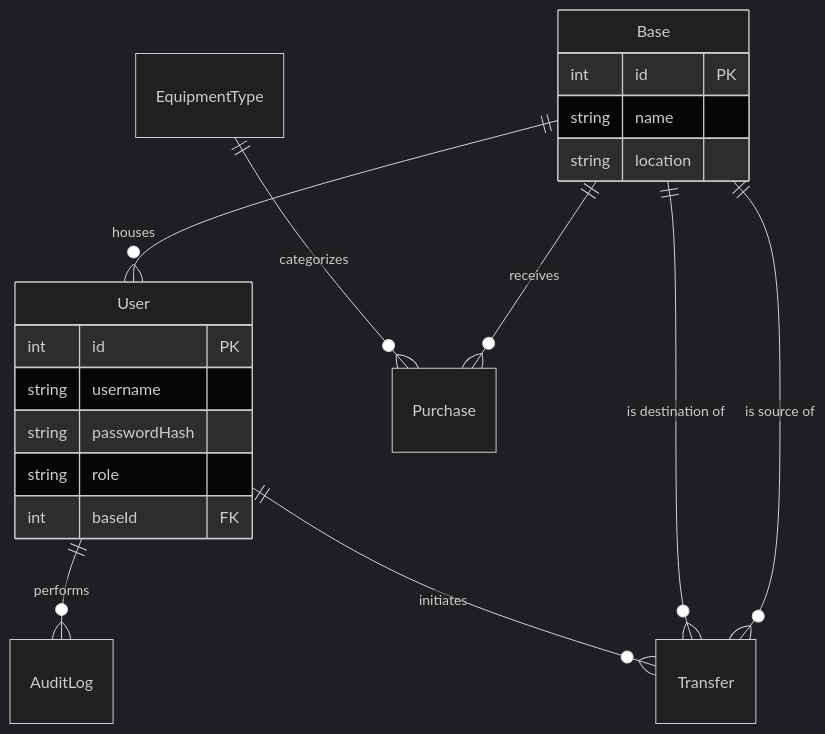
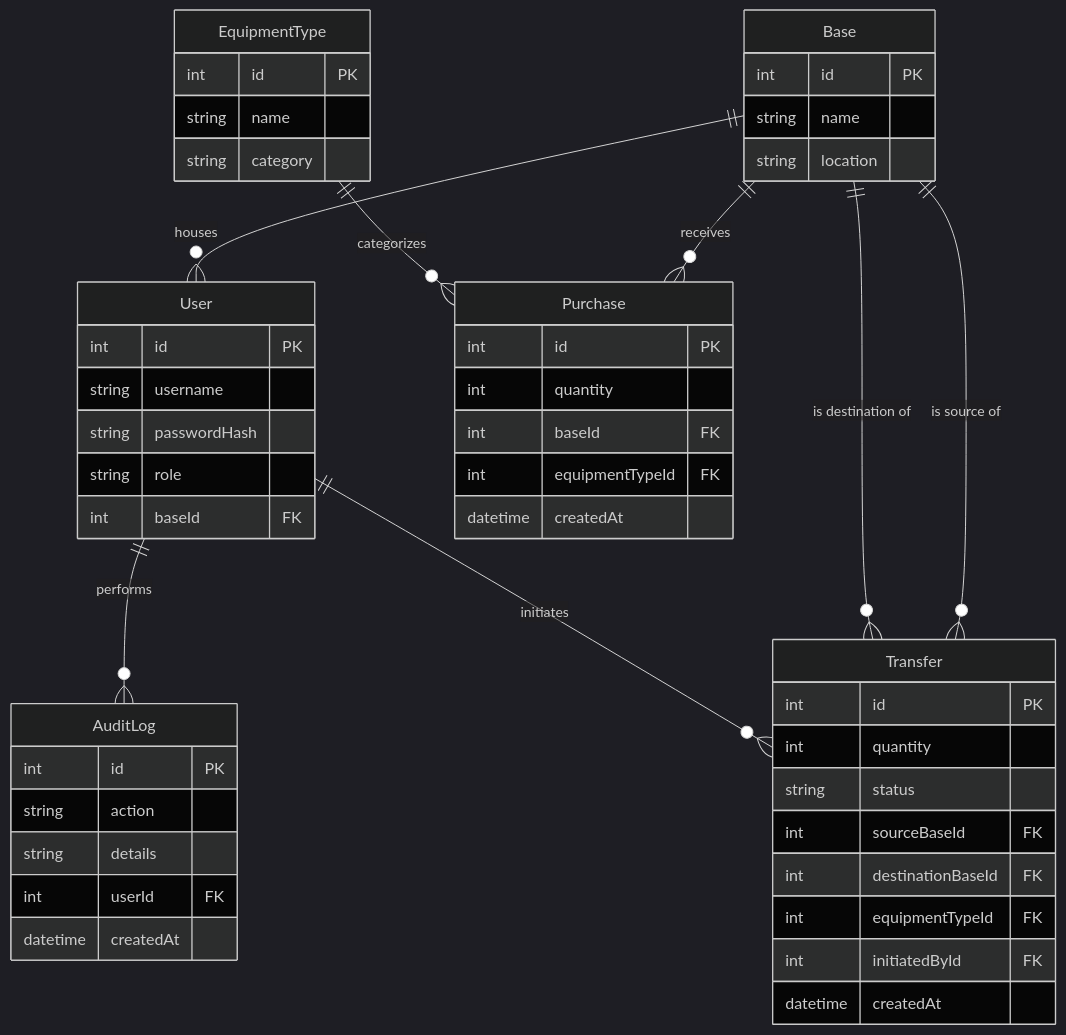
Before and after one commit to icemberg/Military-Asset-Management-System: the second of 4 diagrams in README.md, drawn with Mermaid (dark theme). The commit also changed other lines of this file, not shown here.

Commit message:
update README with architectural diagrams, concurrency flow details, and feature documentation

````diff
--- a/README.md
+++ b/README.md
@@ -33,23 +52,52 @@
 ```mermaid
 erDiagram
     Base ||--o{ User : "houses"
     Base ||--o{ Purchase : "receives"
     EquipmentType ||--o{ Purchase : "categorizes"
     Base ||--o{ Transfer : "is source of"
     Base ||--o{ Transfer : "is destination of"
     User ||--o{ Transfer : "initiates"
     User ||--o{ AuditLog : "performs"
 
     Base {
         int id PK
         string name
         string location
     }
     User {
         int id PK
         string username
         string passwordHash
         string role
         int baseId FK
     }
+    EquipmentType {
+        int id PK
+        string name
+        string category
+    }
+    Purchase {
+        int id PK
+        int quantity
+        int baseId FK
+        int equipmentTypeId FK
+        datetime createdAt
+    }
+    Transfer {
+        int id PK
+        int quantity
+        string status
+        int sourceBaseId FK
+        int destinationBaseId FK
+        int equipmentTypeId FK
+        int initiatedById FK
+        datetime createdAt
+    }
+    AuditLog {
+        int id PK
+        string action
+        string details
+        int userId FK
+        datetime createdAt
+    }
 ```
````
